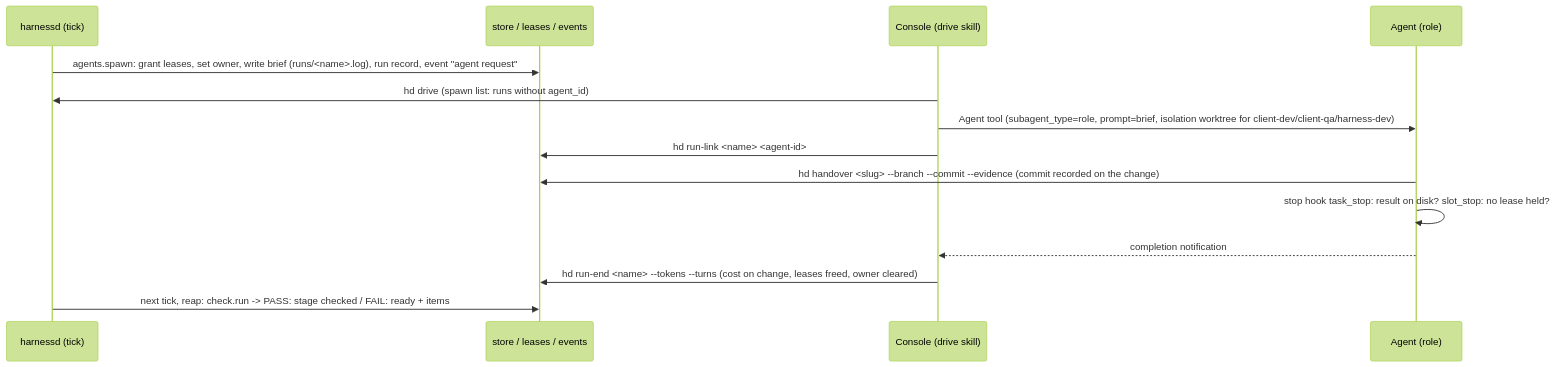
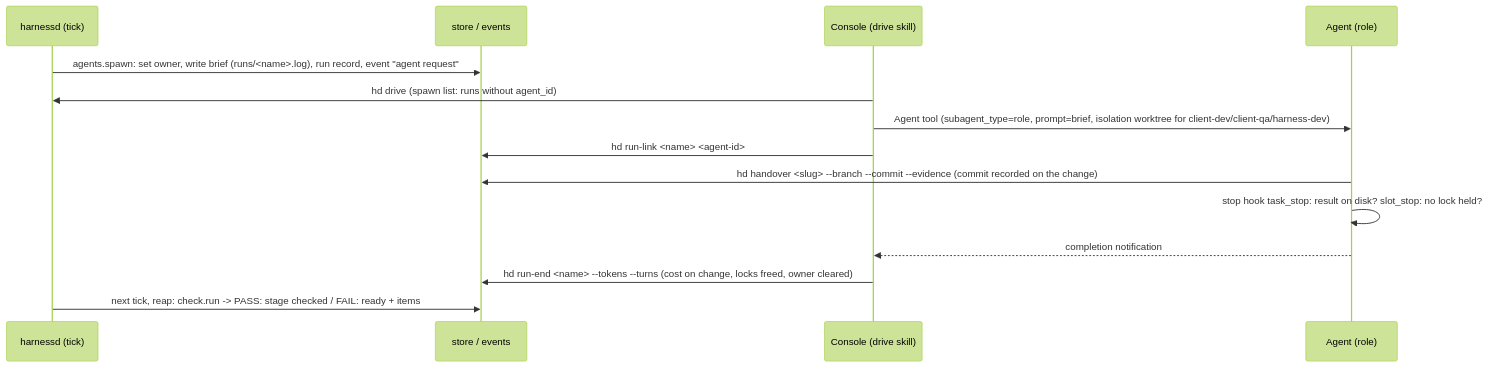
One commit to AlexPerrin/osrs-harness changed the fourth of 6 diagrams in docs/ARCHITECTURE.md. Above: the diagram before and after it, drawn with Mermaid (forest theme). The commit also changed other lines of this file and 15 other files, not shown here.

Commit message:
Roles, skills and docs: each agent starts its own client; locks only for integration, live-server, ghidra

````diff
--- a/docs/ARCHITECTURE.md
+++ b/docs/ARCHITECTURE.md
@@ -162,16 +161,16 @@
 ```mermaid
 sequenceDiagram
   participant D as harnessd (tick)
-  participant S as store / leases / events
+  participant S as store / events
   participant C as Console (drive skill)
   participant A as Agent (role)
-  D->>S: agents.spawn: grant leases, set owner, write brief (runs/<name>.log), run record, event "agent request"
+  D->>S: agents.spawn: set owner, write brief (runs/<name>.log), run record, event "agent request"
   C->>D: hd drive (spawn list: runs without agent_id)
   C->>A: Agent tool (subagent_type=role, prompt=brief, isolation worktree for client-dev/client-qa/harness-dev)
   C->>S: hd run-link <name> <agent-id>
   A->>S: hd handover <slug> --branch --commit --evidence (commit recorded on the change)
-  A->>A: stop hook task_stop: result on disk? slot_stop: no lease held?
+  A->>A: stop hook task_stop: result on disk? slot_stop: no lock held?
   A-->>C: completion notification
-  C->>S: hd run-end <name> --tokens --turns (cost on change, leases freed, owner cleared)
+  C->>S: hd run-end <name> --tokens --turns (cost on change, locks freed, owner cleared)
   D->>S: next tick, reap: check.run -> PASS: stage checked / FAIL: ready + items
 ```
````
